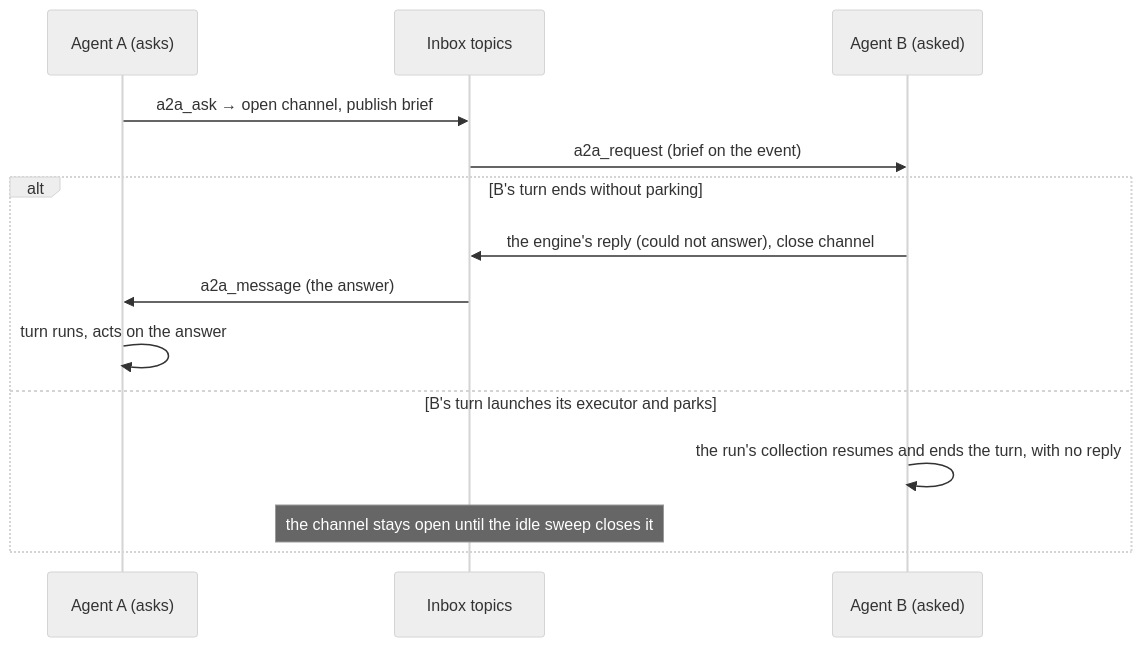
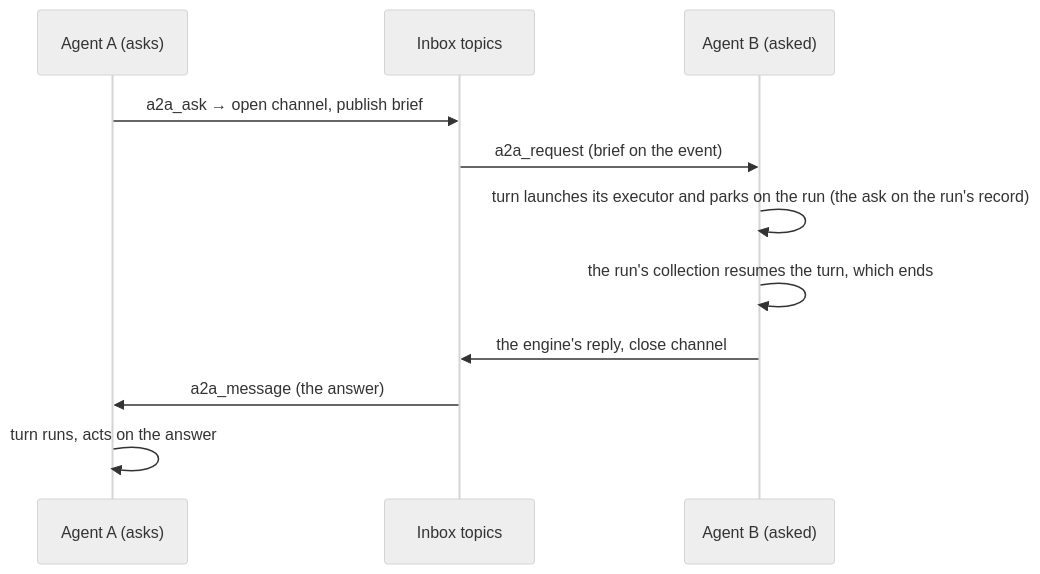
The fourth of 4 diagrams in docs/concepts/event-system.md (crewlet/crewlet), drawn with Mermaid (neutral theme) before and after one commit. The commit also changed other lines of this file and 19 other files, not shown here.

````diff
--- a/docs/concepts/event-system.md
+++ b/docs/concepts/event-system.md
@@ -907,16 +907,13 @@
 ```mermaid
 sequenceDiagram
     participant A as Agent A (asks)
     participant Q as Inbox topics
     participant B as Agent B (asked)
     A->>Q: a2a_ask → open channel, publish brief
     Q->>B: a2a_request (brief on the event)
-    alt B's turn ends without parking
-        B->>Q: the engine's reply (could not answer), close channel
-        Q->>A: a2a_message (the answer)
-        A->>A: turn runs, acts on the answer
-    else B's turn launches its executor and parks
-        B->>B: the run's collection resumes and ends the turn, with no reply
-        Note over Q: the channel stays open until the idle sweep closes it
-    end
+    B->>B: turn launches its executor and parks on the run (the ask on the run's record)
+    B->>B: the run's collection resumes the turn, which ends
+    B->>Q: the engine's reply, close channel
+    Q->>A: a2a_message (the answer)
+    A->>A: turn runs, acts on the answer
 ```
````
